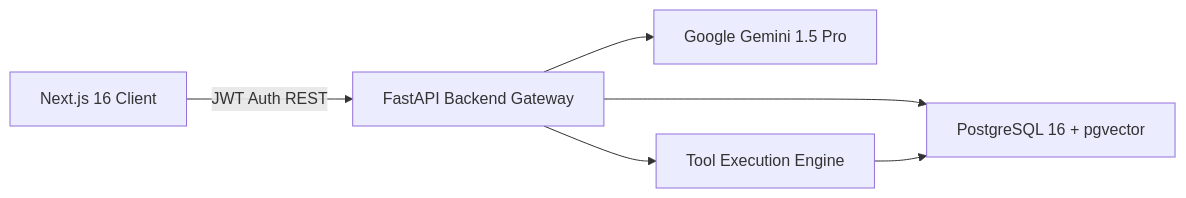
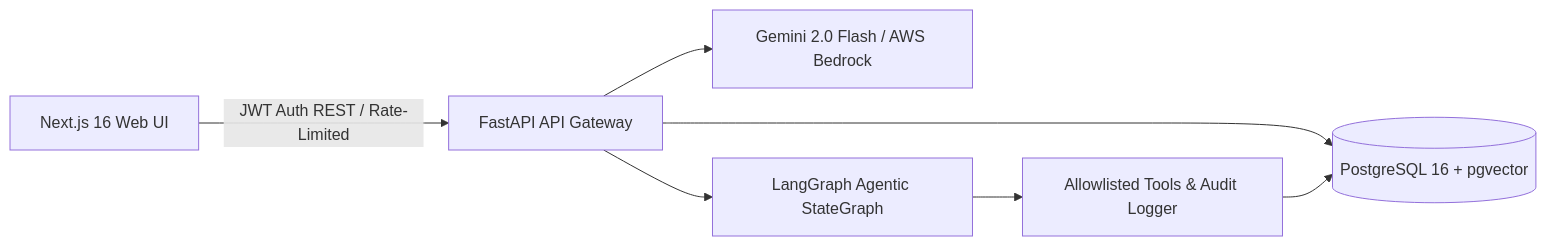
One commit to kamalpraneeth/enterprise-knowledge-intelligence-assistant changed the first of 2 diagrams in README.md. Above: the diagram before and after it, drawn with Mermaid. The commit also changed other lines of this file and 2 other files, not shown here.

Commit message:
docs: update README with business problem, graph, limitations, and add FINDINGS_REPORT and JD_TRACEABILITY

````diff
--- a/README.md
+++ b/README.md
@@ -28,8 +35,9 @@
 ```mermaid
 flowchart LR
-    A[Next.js 16 Client] -->|JWT Auth REST| B[FastAPI Backend Gateway]
-    B --> C[PostgreSQL 16 + pgvector]
-    B --> D[Google Gemini 1.5 Pro]
-    B --> E[Tool Execution Engine]
-    E --> C
+    A[Next.js 16 Web UI] -->|JWT Auth REST / Rate-Limited| B[FastAPI API Gateway]
+    B --> C[(PostgreSQL 16 + pgvector)]
+    B --> D[Gemini 2.0 Flash / AWS Bedrock]
+    B --> E[LangGraph Agentic StateGraph]
+    E --> F[Allowlisted Tools & Audit Logger]
+    F --> C
 ```
````
